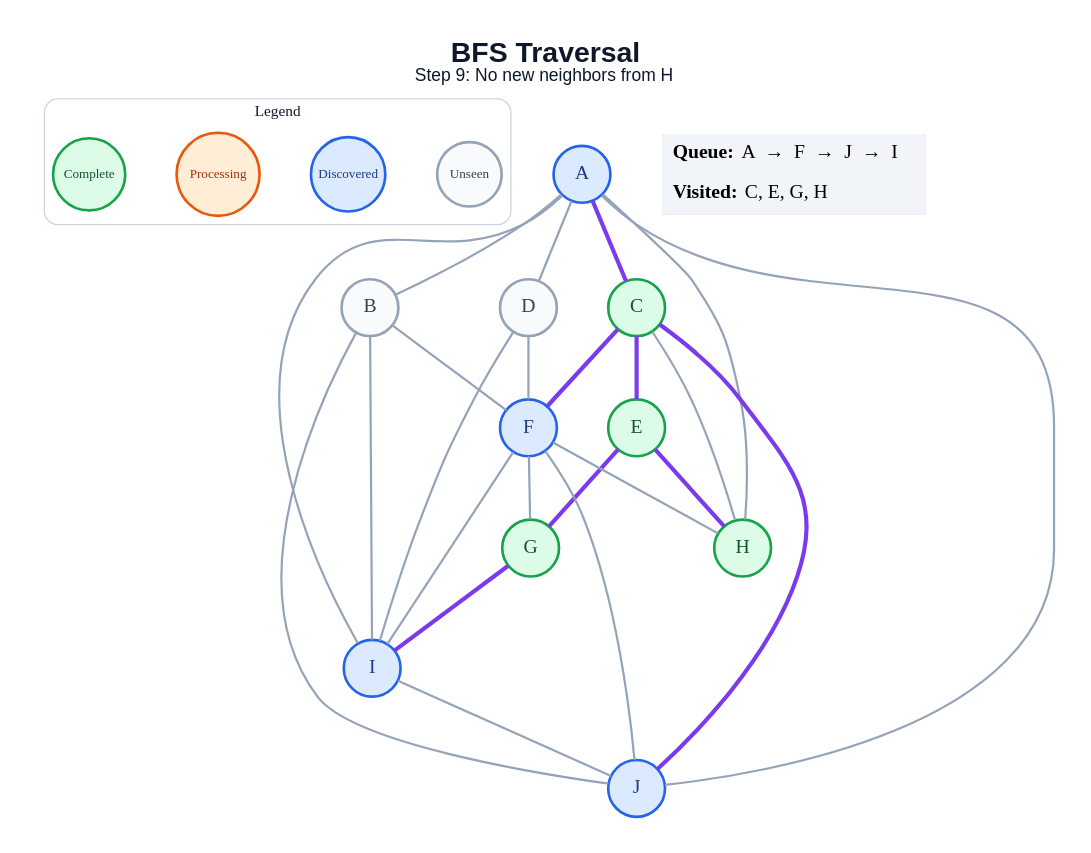
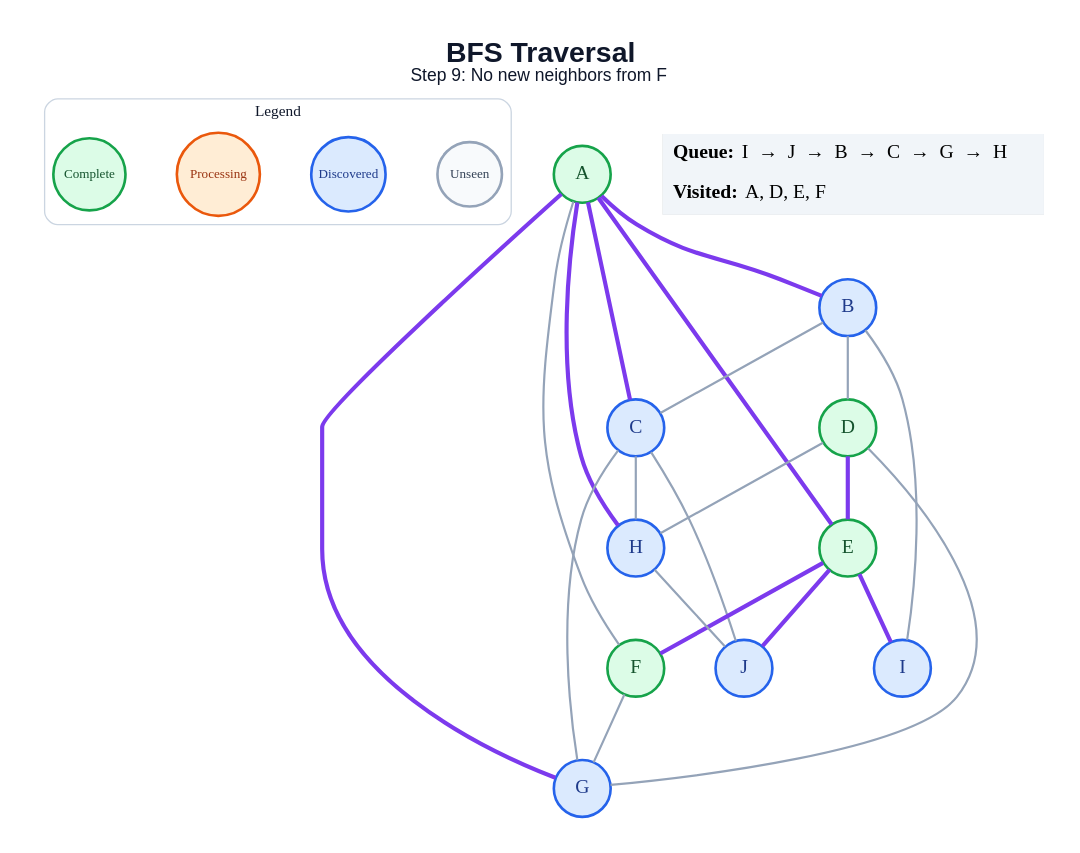
One commit to amanghodawala9/ai-slop changed the diagram in generated/specific-node/bfs/step_09.dot. Above: the diagram before and after it, drawn with Graphviz. The commit also changed 178 other files, not shown here.

```diff
--- a/generated/specific-node/bfs/step_09.dot
+++ b/generated/specific-node/bfs/step_09.dot
@@ -1,52 +1,49 @@
 graph traversal {
   graph [layout=dot, rankdir=TB, bgcolor="#FFFFFF", pad="0.35", nodesep="0.65", ranksep="0.8", fontname="Arial"];
   node [shape=circle, style="filled", fontname="Arial Bold", fontsize=18, width=0.72, fixedsize=true, penwidth=2.4];
   edge [color="#94A3B8", penwidth=2.0];
-  label=<<B>BFS Traversal</B><BR/><FONT POINT-SIZE="16">Step 9: No new neighbors from H</FONT>>; labelloc="t"; fontsize=26; fontname="Arial"; fontcolor="#0F172A";
+  label=<<B>BFS Traversal</B><BR/><FONT POINT-SIZE="16">Step 9: No new neighbors from F</FONT>>; labelloc="t"; fontsize=26; fontname="Arial"; fontcolor="#0F172A";
   subgraph cluster_legend { label="Legend"; color="#CBD5E1"; penwidth=1.2; style="rounded"; fontsize=14; fontname="Arial Bold";
     key_unseen [label="Unseen", fillcolor="#F8FAFC", color="#94A3B8", fontcolor="#334155", fontsize=12, width=0.82];
     key_frontier [label="Discovered", fillcolor="#DBEAFE", color="#2563EB", fontcolor="#1E3A8A", fontsize=12, width=0.95];
     key_current [label="Processing", fillcolor="#FFEDD5", color="#EA580C", fontcolor="#9A3412", fontsize=12, width=1.05];
     key_done [label="Complete", fillcolor="#DCFCE7", color="#16A34A", fontcolor="#14532D", fontsize=12, width=0.92];
     { rank=same; key_unseen; key_frontier; key_current; key_done; }
   }
-  A [fillcolor="#DBEAFE", color="#2563EB", fontcolor="#1E3A8A"];
-  B [fillcolor="#F8FAFC", color="#94A3B8", fontcolor="#334155"];
-  C [fillcolor="#DCFCE7", color="#16A34A", fontcolor="#14532D"];
-  D [fillcolor="#F8FAFC", color="#94A3B8", fontcolor="#334155"];
+  A [fillcolor="#DCFCE7", color="#16A34A", fontcolor="#14532D"];
+  B [fillcolor="#DBEAFE", color="#2563EB", fontcolor="#1E3A8A"];
+  C [fillcolor="#DBEAFE", color="#2563EB", fontcolor="#1E3A8A"];
+  D [fillcolor="#DCFCE7", color="#16A34A", fontcolor="#14532D"];
   E [fillcolor="#DCFCE7", color="#16A34A", fontcolor="#14532D"];
-  F [fillcolor="#DBEAFE", color="#2563EB", fontcolor="#1E3A8A"];
-  G [fillcolor="#DCFCE7", color="#16A34A", fontcolor="#14532D"];
-  H [fillcolor="#DCFCE7", color="#16A34A", fontcolor="#14532D"];
+  F [fillcolor="#DCFCE7", color="#16A34A", fontcolor="#14532D"];
+  G [fillcolor="#DBEAFE", color="#2563EB", fontcolor="#1E3A8A"];
+  H [fillcolor="#DBEAFE", color="#2563EB", fontcolor="#1E3A8A"];
   I [fillcolor="#DBEAFE", color="#2563EB", fontcolor="#1E3A8A"];
   J [fillcolor="#DBEAFE", color="#2563EB", fontcolor="#1E3A8A"];
-  A -- B;
+  A -- B [color="#7C3AED", penwidth=3.8];
   A -- C [color="#7C3AED", penwidth=3.8];
-  A -- D;
-  A -- H;
-  A -- I;
-  A -- J;
-  B -- F;
+  A -- E [color="#7C3AED", penwidth=3.8];
+  A -- F;
+  A -- G [color="#7C3AED", penwidth=3.8];
+  A -- H [color="#7C3AED", penwidth=3.8];
+  B -- C;
+  B -- D;
   B -- I;
-  B -- J;
-  C -- E [color="#7C3AED", penwidth=3.8];
-  C -- F [color="#7C3AED", penwidth=3.8];
+  C -- G;
   C -- H;
-  C -- J [color="#7C3AED", penwidth=3.8];
-  D -- F;
-  D -- I;
-  E -- G [color="#7C3AED", penwidth=3.8];
-  E -- H [color="#7C3AED", penwidth=3.8];
+  C -- J;
+  D -- E [color="#7C3AED", penwidth=3.8];
+  D -- G;
+  D -- H;
+  E -- F [color="#7C3AED", penwidth=3.8];
+  E -- I [color="#7C3AED", penwidth=3.8];
+  E -- J [color="#7C3AED", penwidth=3.8];
   F -- G;
-  F -- H;
-  F -- I;
-  F -- J;
-  G -- I [color="#7C3AED", penwidth=3.8];
-  I -- J;
+  H -- J;
   status [shape=plain, fixedsize=false, width=0, height=0, margin=0, label=<
     <TABLE BORDER="0" CELLBORDER="0" CELLPADDING="7" BGCOLOR="#F1F5F9">
-      <TR><TD ALIGN="LEFT"><B>Queue:</B> A  →  F  →  J  →  I</TD></TR>
-      <TR><TD ALIGN="LEFT"><B>Visited:</B> C, E, G, H</TD></TR>
+      <TR><TD ALIGN="LEFT"><B>Queue:</B> I  →  J  →  B  →  C  →  G  →  H</TD></TR>
+      <TR><TD ALIGN="LEFT"><B>Visited:</B> A, D, E, F</TD></TR>
     </TABLE>
   >];
 }
```
